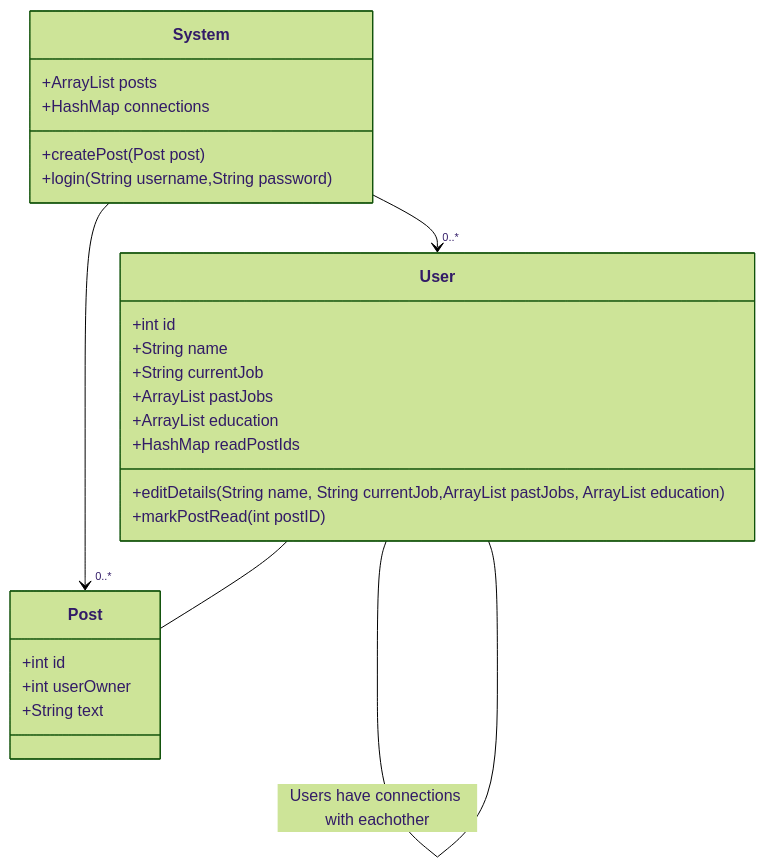
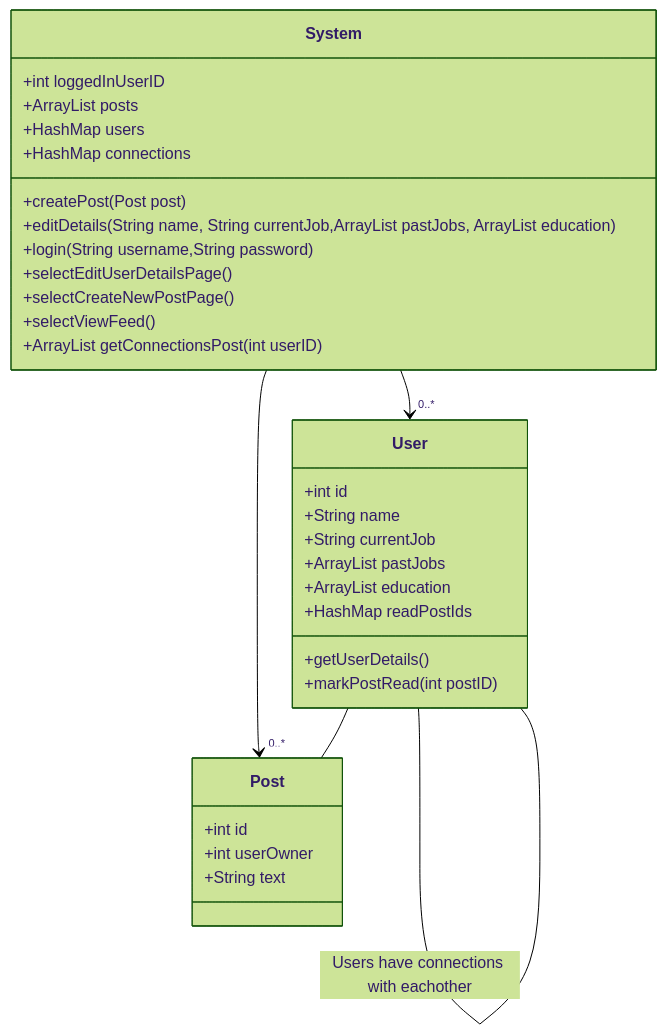
Before and after one commit to AdamCorbinFAUPhD/COP5339-Object-Oriented-Software-Design: the diagram in Homeworks/Homework2/q5/q5.md, drawn with Mermaid (forest theme). The commit also changed other lines of this file, not shown here.

Commit message:
Creating sequence diagrams

````diff
--- a/Homeworks/Homework2/q5/q5.md
+++ b/Homeworks/Homework2/q5/q5.md
@@ -49,32 +50,40 @@
 ```mermaid
 classDiagram
 
 class System
+System: +int loggedInUserID
 System: +createPost(Post post)
 System: +ArrayList<Post> posts
+System: +HashMap<int,User> users
 System: +HashMap<int,int> connections
+
+System: +editDetails(String name, String currentJob,ArrayList<String> pastJobs, ArrayList<String> education)
 System: +login(String username,String password)
+System: +selectEditUserDetailsPage()
+System: +selectCreateNewPostPage()
+System: +selectViewFeed()
+System: +ArrayList<Post> getConnectionsPost(int userID)
+
 
 class User
 User: +int id
 User: +String name
 User: +String currentJob
 User: +ArrayList<String> pastJobs
 User: +ArrayList<String> education
 User: +HashMap<Int,bool> readPostIds
-
-User: +editDetails(String name, String currentJob,ArrayList<String> pastJobs, ArrayList<String> education)
+User: +getUserDetails()
 User: +markPostRead(int postID)
 
 
 class Post
 Post: +int id
 Post: +int userOwner
 Post: +String text
 
 System --> "0..*" User
 System --> "0..*" Post
 User -- Post
 User -- User : Users have connections with eachother
 
 ```
````
